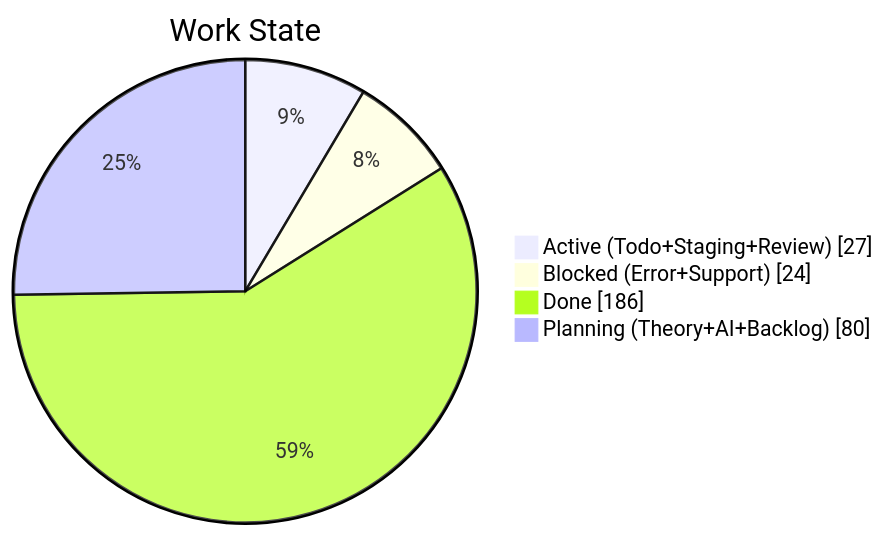
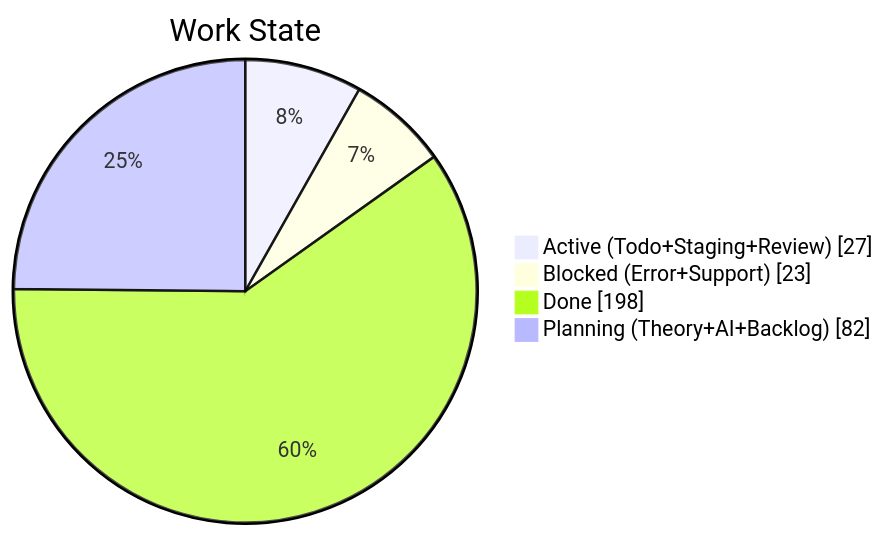
The second of 4 diagrams in apps/kbve/astro-kbve/src/content/docs/dashboard/kanban-data.mdx (KBVE/kbve), drawn with Mermaid before and after one commit. The commit also changed other lines of this file and 8 other files, not shown here.

````diff
--- a/apps/kbve/astro-kbve/src/content/docs/dashboard/kanban-data.mdx
+++ b/apps/kbve/astro-kbve/src/content/docs/dashboard/kanban-data.mdx
@@ -68,8 +68,8 @@
 ```mermaid
 pie showData
     title Work State
     "Active (Todo+Staging+Review)" : 27
-    "Blocked (Error+Support)" : 24
-    "Done" : 186
-    "Planning (Theory+AI+Backlog)" : 80
+    "Blocked (Error+Support)" : 23
+    "Done" : 198
+    "Planning (Theory+AI+Backlog)" : 82
 ```
````
